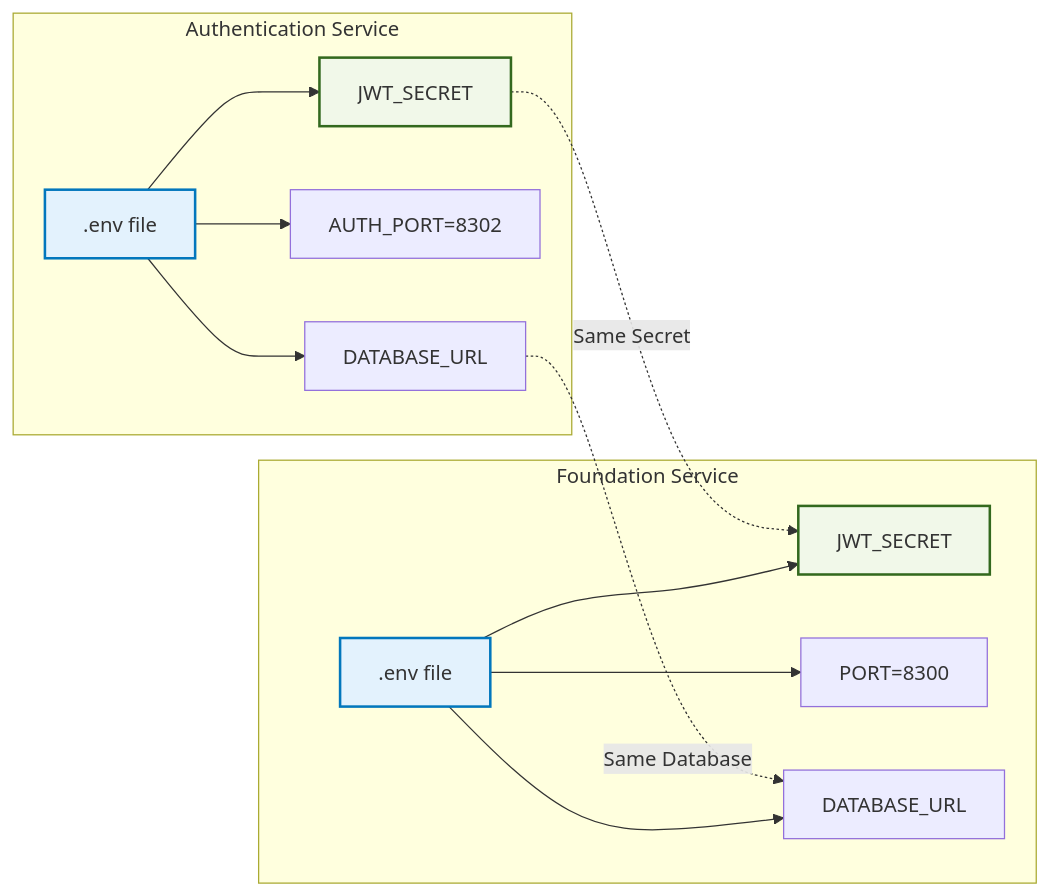
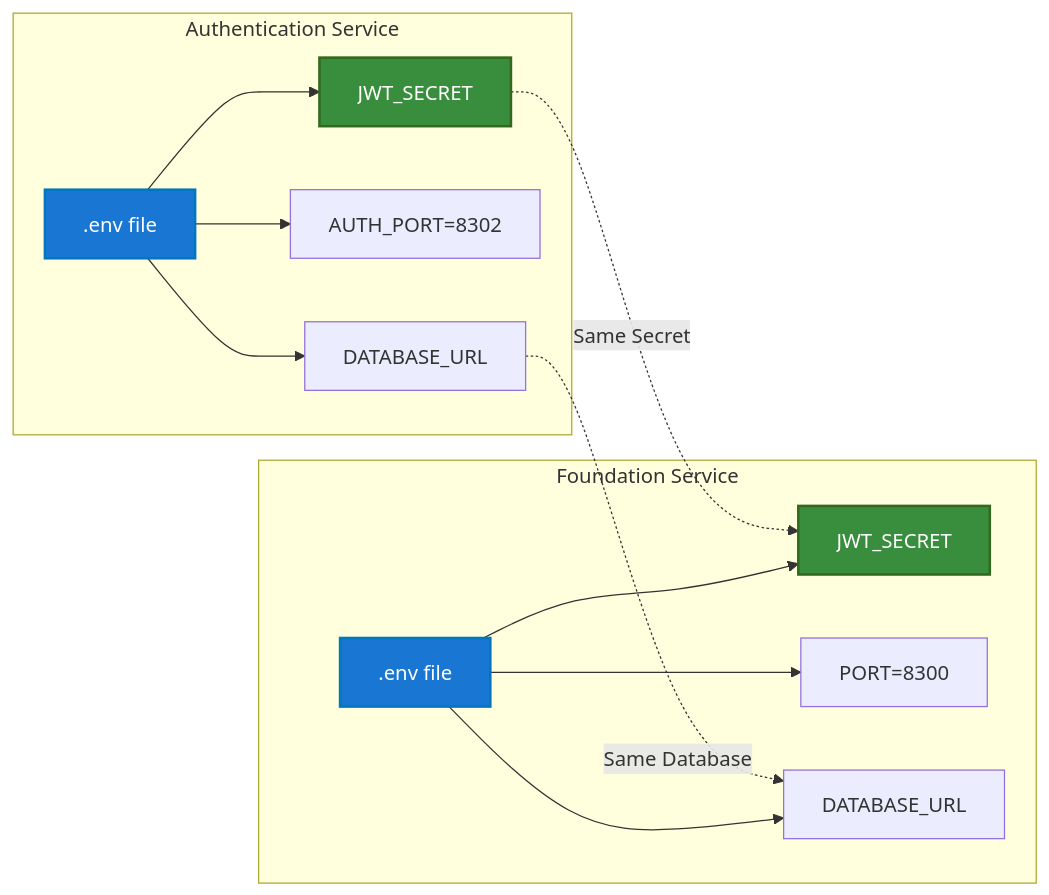
One commit to keeptracknepal/documentation changed the fifth of 6 diagrams in workflow/authentication/process-flow.md. Above: the diagram before and after it, drawn with Mermaid. The commit also changed other lines of this file and 7 other files, not shown here.

````diff
--- a/workflow/authentication/process-flow.md
+++ b/workflow/authentication/process-flow.md
@@ -205,33 +205,33 @@
 ```mermaid
 graph LR
     subgraph "Authentication Service"
         A1[.env file]
         A2[JWT_SECRET]
         A3[AUTH_PORT=8302]
         A4[DATABASE_URL]
     end
     
     subgraph "Foundation Service"
         F1[.env file]
         F2[JWT_SECRET]
         F3[PORT=8300]
         F4[DATABASE_URL]
     end
     
     A2 -.->|Same Secret| F2
     A4 -.->|Same Database| F4
     
     A1 --> A2
     A1 --> A3
     A1 --> A4
     
     F1 --> F2
     F1 --> F3
     F1 --> F4
     
-    classDef env fill:#e3f2fd,stroke:#0277bd,stroke-width:2px
-    classDef secret fill:#f1f8e9,stroke:#33691e,stroke-width:2px
+    classDef env fill:#1976d2,stroke:#0277bd,stroke-width:2px,color:#ffffff
+    classDef secret fill:#388e3c,stroke:#33691e,stroke-width:2px,color:#ffffff
     
     class A1,F1 env
     class A2,F2 secret
 ```
````
